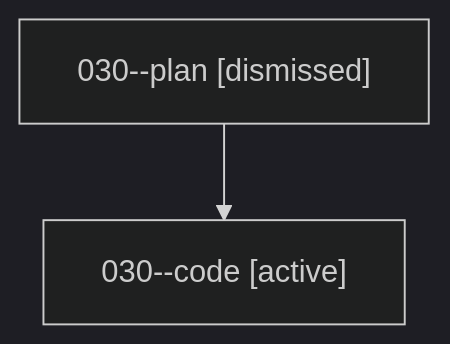
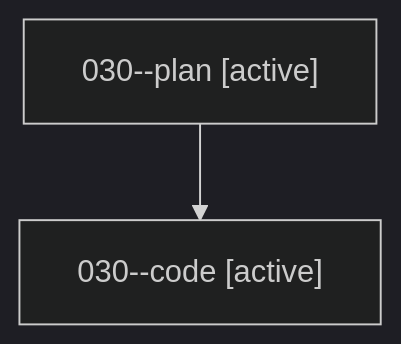
Before and after one commit to sase-org/sase--agents: the diagram in families/bbugyi200.athena.030.md, drawn with Mermaid (dark theme). The commit also changed other lines of this file and 35830 other files, not shown here.

````diff
--- a/families/bbugyi200.athena.030.md
+++ b/families/bbugyi200.athena.030.md
@@ -9,6 +9,6 @@
 ```mermaid
 flowchart TD
-  n0["030--plan [dismissed]"]
+  n0["030--plan [active]"]
   n1["030--code [active]"]
   n0 --> n1
 ```
````
